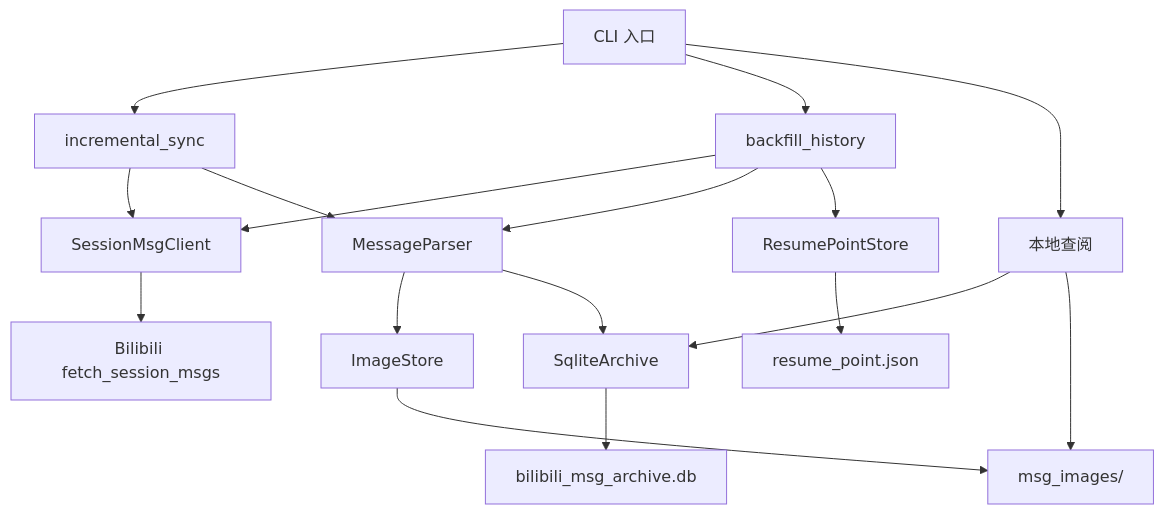
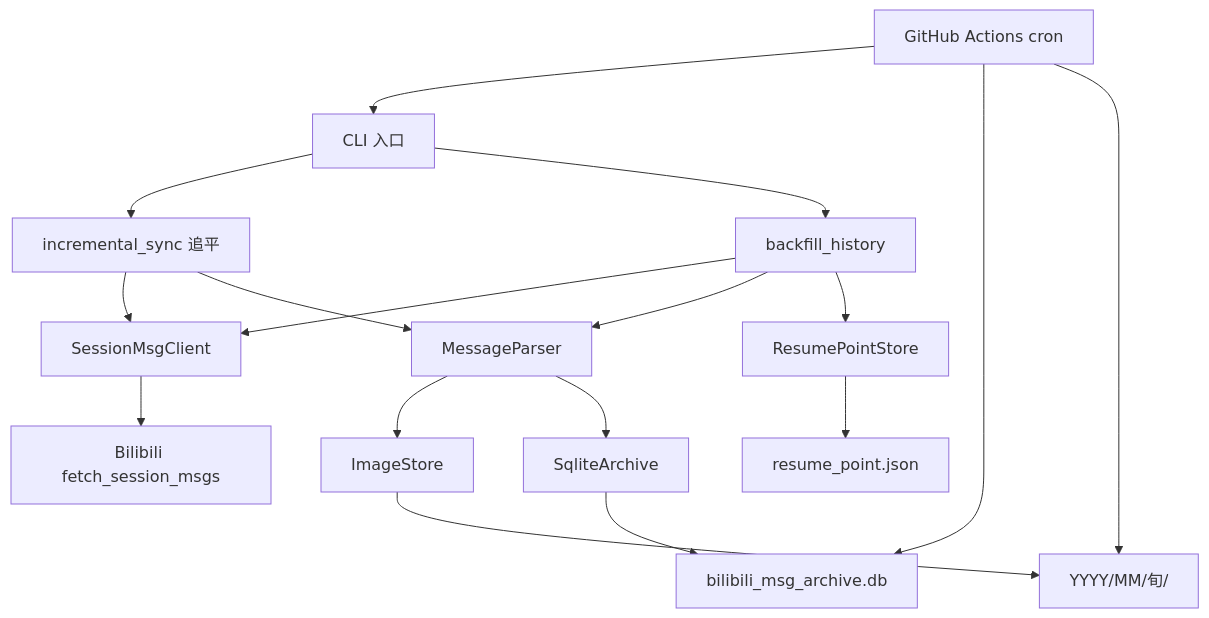
The first of 3 diagrams in .monkeycode/specs/first/design.md (FireStar0507/bilibili_news_api), drawn with Mermaid before and after one commit. The commit also changed other lines of this file and 1 other file, not shown here.

Commit message:
docs(first): drop reader, catch-up sync, GHA daily commit, decade image paths Co-authored-by: monkeycode-ai <monkeycode-ai@chaitin.com>

````diff
--- a/.monkeycode/specs/first/design.md
+++ b/.monkeycode/specs/first/design.md
@@ -23,33 +24,33 @@
 ```mermaid
 graph TD
     CLI["CLI 入口"]
-    Inc["incremental_sync"]
+    GHA["GitHub Actions cron"]
+    Inc["incremental_sync 追平"]
     Back["backfill_history"]
-    Reader["本地查阅"]
     Client["SessionMsgClient"]
     Parser["MessageParser"]
     Img["ImageStore"]
     DB["SqliteArchive"]
     Resume["ResumePointStore"]
     API["Bilibili fetch_session_msgs"]
     DiskDB["bilibili_msg_archive.db"]
-    DiskImg["msg_images/"]
+    DiskImg["YYYY/MM/旬/"]
     DiskResume["resume_point.json"]
 
+    GHA --> CLI
     CLI --> Inc
     CLI --> Back
-    CLI --> Reader
     Inc --> Client
     Back --> Client
     Inc --> Parser
     Back --> Parser
     Parser --> Img
     Parser --> DB
     Back --> Resume
-    Reader --> DB
-    Reader --> DiskImg
     Client --> API
     DB --> DiskDB
     Img --> DiskImg
     Resume --> DiskResume
+    GHA --> DiskDB
+    GHA --> DiskImg
 ```
````
